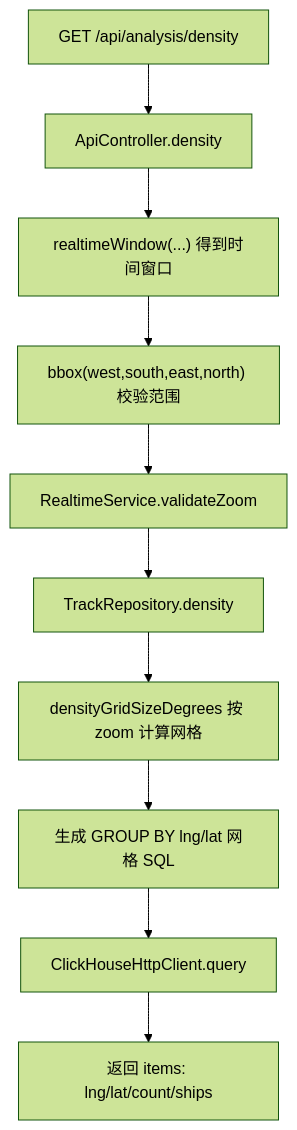
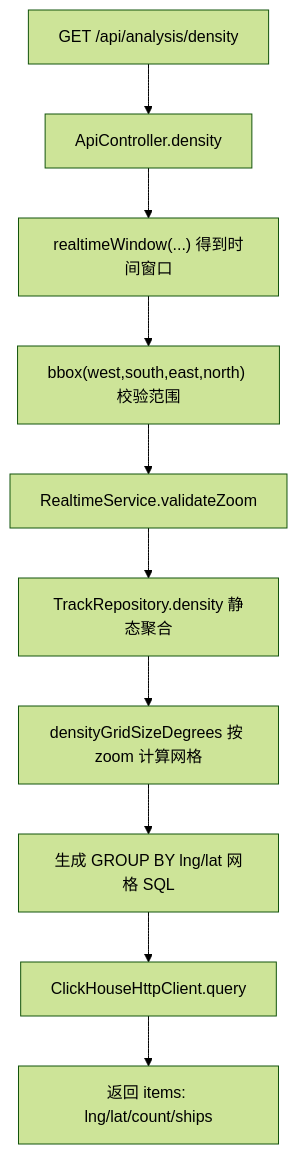
Diagram 13 of 19 in docs/API_FLOW.md (yuqiangdede/testTrack), drawn with Mermaid (forest theme) before and after one commit. The commit also changed other lines of this file and 24 other files, not shown here.

````diff
--- a/docs/API_FLOW.md
+++ b/docs/API_FLOW.md
@@ -405,12 +396,12 @@
 ```mermaid
 flowchart TD
   A["GET /api/analysis/density"] --> B["ApiController.density"]
   B --> C["realtimeWindow(...) 得到时间窗口"]
   C --> D["bbox(west,south,east,north) 校验范围"]
   D --> E["RealtimeService.validateZoom"]
-  E --> F["TrackRepository.density"]
+  E --> F["TrackRepository.density 静态聚合"]
   F --> G["densityGridSizeDegrees 按 zoom 计算网格"]
   G --> H["生成 GROUP BY lng/lat 网格 SQL"]
   H --> I["ClickHouseHttpClient.query"]
   I --> J["返回 items: lng/lat/count/ships"]
 ```
````
